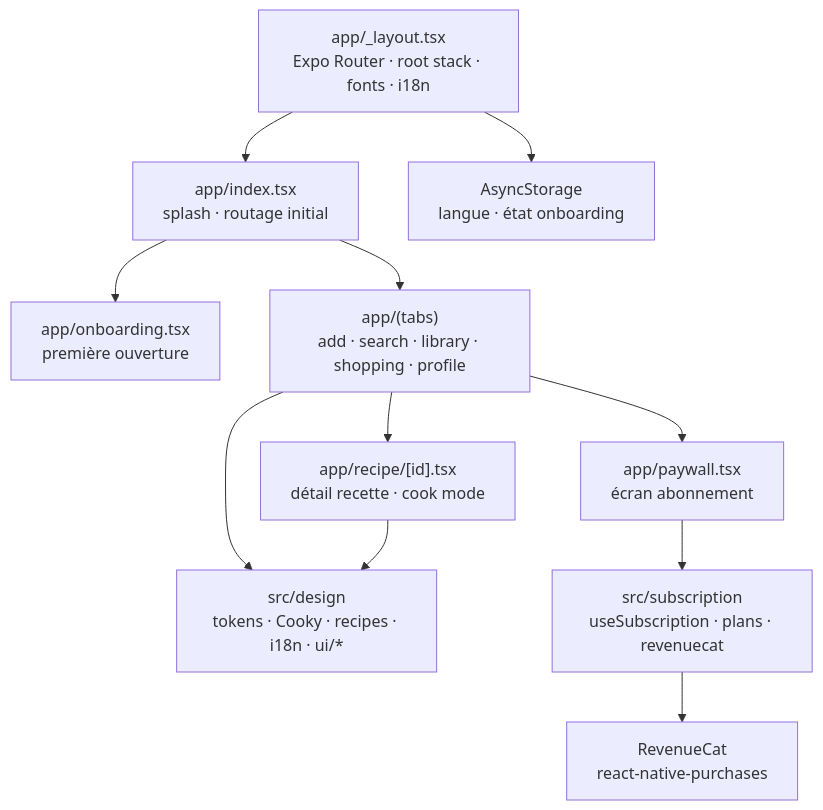
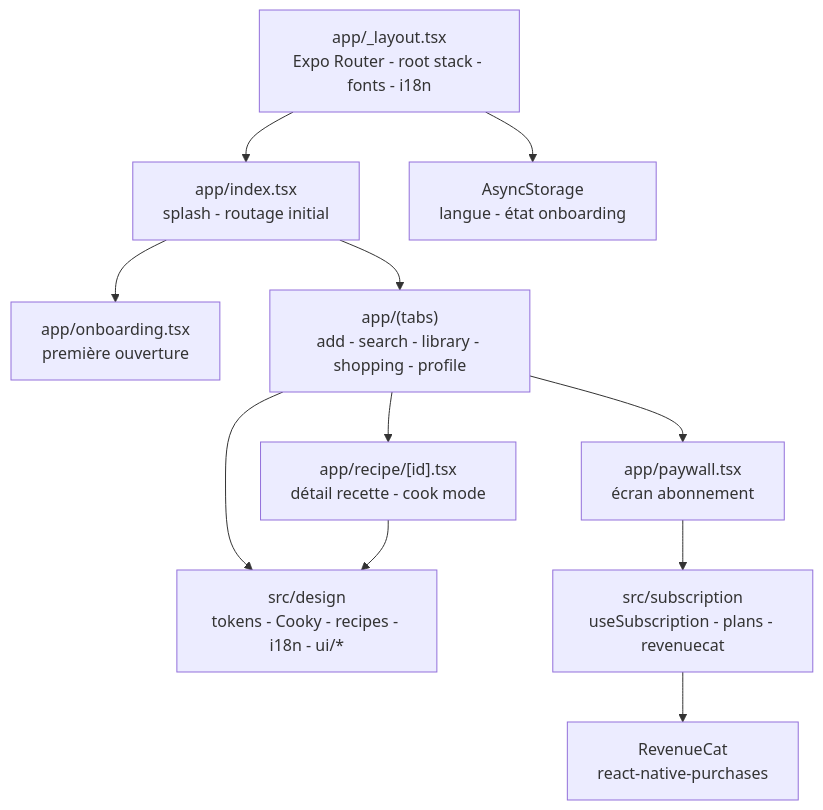
The diagram in README.md (Adam-Blf/let-me-cook), drawn with Mermaid before and after one commit. The commit also changed other lines of this file, not shown here.

````diff
--- a/README.md
+++ b/README.md
@@ -17,24 +17,24 @@
 ```mermaid
 flowchart TB
-    Root["app/_layout.tsx<br/>Expo Router · root stack · fonts · i18n"]
-    Index["app/index.tsx<br/>splash · routage initial"]
+    Root["app/_layout.tsx<br/>Expo Router - root stack - fonts - i18n"]
+    Index["app/index.tsx<br/>splash - routage initial"]
     Onboarding["app/onboarding.tsx<br/>première ouverture"]
-    Tabs["app/(tabs)<br/>add · search · library · shopping · profile"]
-    Recipe["app/recipe/[id].tsx<br/>détail recette · cook mode"]
+    Tabs["app/(tabs)<br/>add - search - library - shopping - profile"]
+    Recipe["app/recipe/[id].tsx<br/>détail recette - cook mode"]
     Paywall["app/paywall.tsx<br/>écran abonnement"]
-    Design["src/design<br/>tokens · Cooky · recipes · i18n · ui/*"]
-    Sub["src/subscription<br/>useSubscription · plans · revenuecat"]
-    Store["AsyncStorage<br/>langue · état onboarding"]
+    Design["src/design<br/>tokens - Cooky - recipes - i18n - ui/*"]
+    Sub["src/subscription<br/>useSubscription - plans - revenuecat"]
+    Store["AsyncStorage<br/>langue - état onboarding"]
     RC["RevenueCat<br/>react-native-purchases"]
 
     Root --> Index
     Index --> Onboarding
     Index --> Tabs
     Tabs --> Recipe
     Tabs --> Paywall
     Tabs --> Design
     Recipe --> Design
     Paywall --> Sub
     Sub --> RC
     Root --> Store
 ```
````
